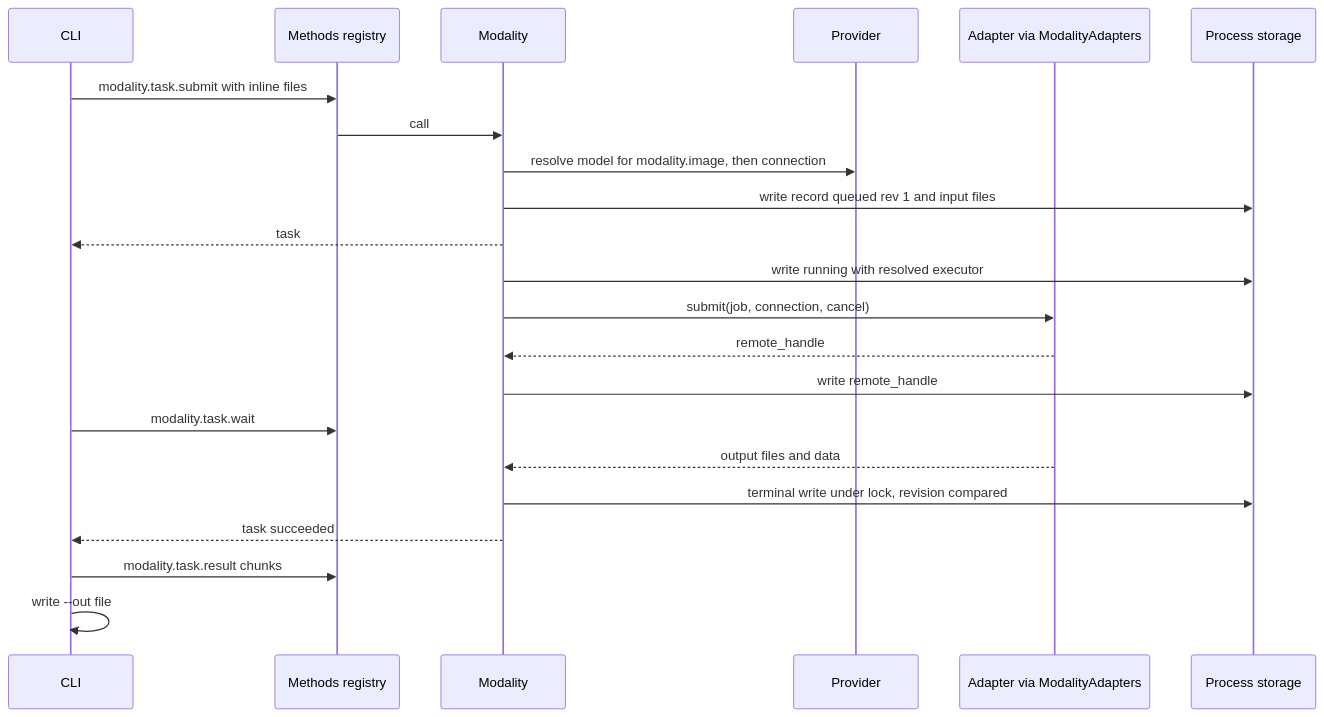
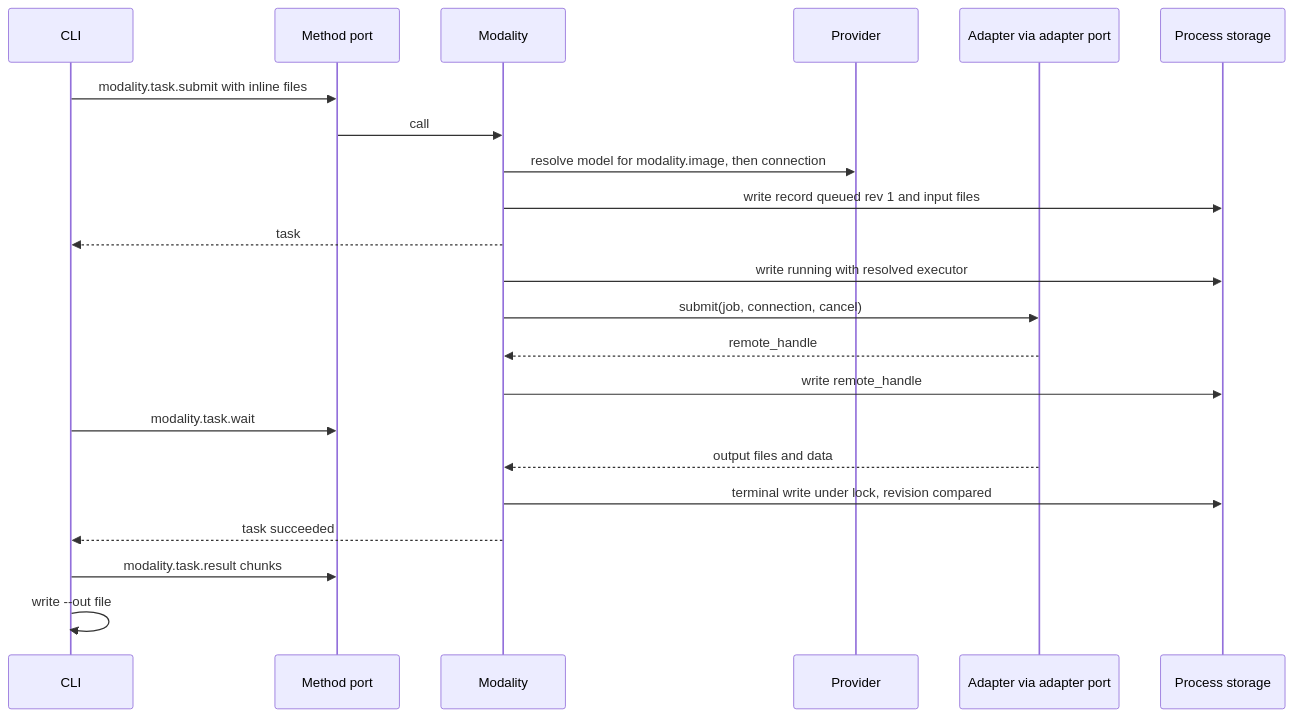
Before and after one commit to CoutinhoTTS/dim-agent: the third of 6 diagrams in docs/design/plugins/Modality.md, drawn with Mermaid. The commit also changed other lines of this file and 3 other files, not shown here.

````diff
--- a/docs/design/plugins/Modality.md
+++ b/docs/design/plugins/Modality.md
@@ -80,24 +85,24 @@
 ```mermaid
 sequenceDiagram
   participant C as CLI
-  participant M as Methods registry
+  participant M as Method port
   participant D as Modality
   participant P as Provider
-  participant A as Adapter via ModalityAdapters
+  participant A as Adapter via adapter port
   participant S as Process storage
   C->>M: modality.task.submit with inline files
   M->>D: call
   D->>P: resolve model for modality.image, then connection
   D->>S: write record queued rev 1 and input files
   D-->>C: task
   D->>S: write running with resolved executor
   D->>A: submit(job, connection, cancel)
   A-->>D: remote_handle
   D->>S: write remote_handle
   C->>M: modality.task.wait
   A-->>D: output files and data
   D->>S: terminal write under lock, revision compared
   D-->>C: task succeeded
   C->>M: modality.task.result chunks
   C->>C: write --out file
 ```
````
